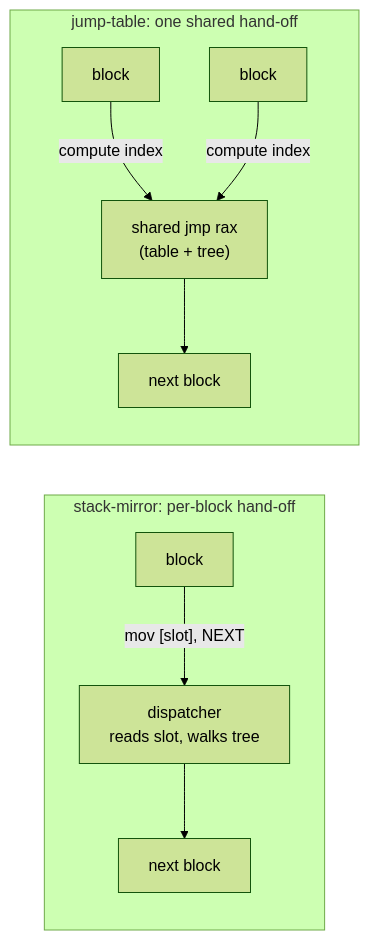
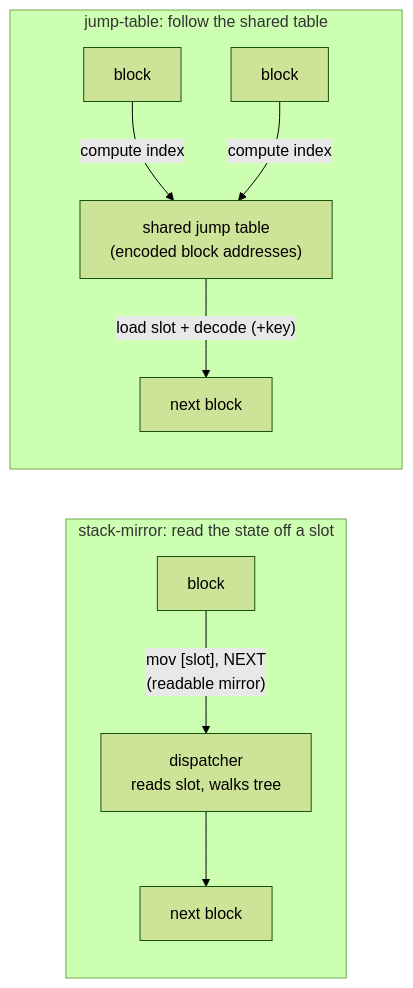
Diagram 16 of 22 in docs/CFF-DEOBFUSCATOR.md (jgajek/cff-deobfuscator), drawn with Mermaid (forest theme) before and after one commit. The commit also changed other lines of this file and 1 other file, not shown here.

First line of the commit message:
Layer 2 + field guide: drop vestigial decoy gate, tighten flatten detector, restructure dispatcher docs

````diff
--- a/docs/CFF-DEOBFUSCATOR.md
+++ b/docs/CFF-DEOBFUSCATOR.md
@@ -1230,14 +1296,14 @@
 ```mermaid
 flowchart LR
-    subgraph SM["stack-mirror: per-block hand-off"]
+    subgraph SM["stack-mirror: read the state off a slot"]
       direction TB
-      b1["block"] -->|"mov [slot], NEXT"| d1["dispatcher<br/>reads slot, walks tree"]
+      b1["block"] -->|"mov [slot], NEXT<br/>(readable mirror)"| d1["dispatcher<br/>reads slot, walks tree"]
       d1 --> n1["next block"]
     end
-    subgraph JT["jump-table: one shared hand-off"]
+    subgraph JT["jump-table: follow the shared table"]
       direction TB
-      b2["block"] -->|"compute index"| g["shared jmp rax<br/>(table + tree)"]
+      b2["block"] -->|"compute index"| g["shared jump table<br/>(encoded block addresses)"]
       b3["block"] -->|"compute index"| g
-      g --> n2["next block"]
+      g -->|"load slot + decode (+key)"| n2["next block"]
     end
 ```
````
